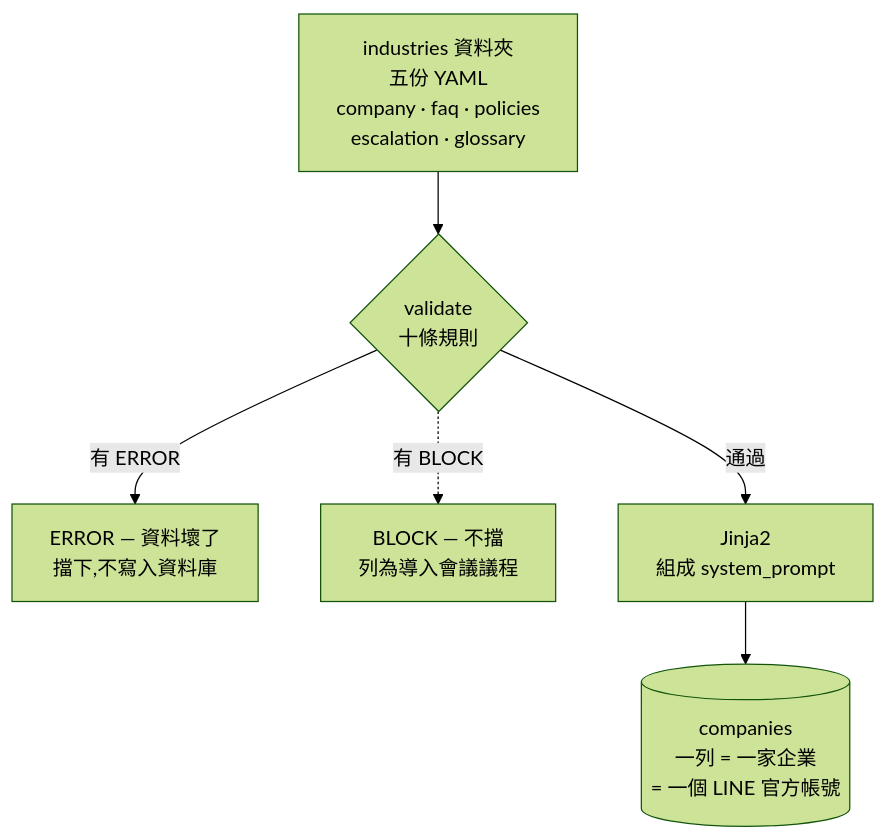
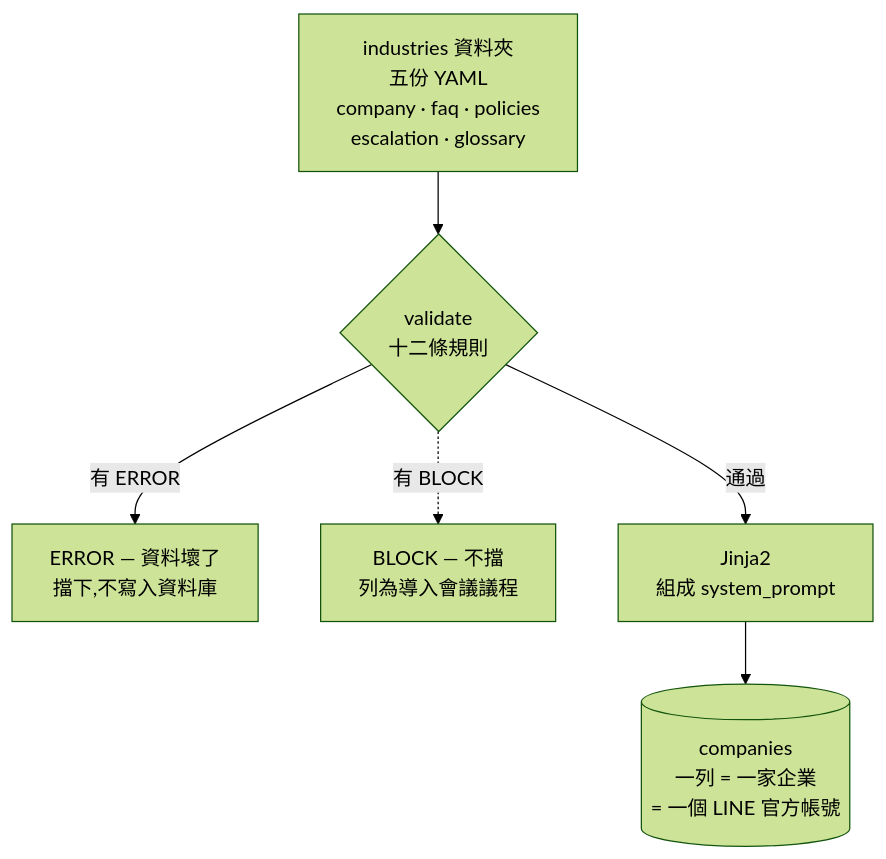
One commit to inform199751-crypto/universal-ai-helpdesk changed the first of 2 diagrams in README.md. Above: the diagram before and after it, drawn with Mermaid (forest theme). The commit also changed other lines of this file and 3 other files, not shown here.

````diff
--- a/README.md
+++ b/README.md
@@ -22,15 +22,15 @@
 ```mermaid
 flowchart TD
     Y["industries 資料夾<br/>五份 YAML<br/>company · faq · policies<br/>escalation · glossary"]
-    V{"validate<br/>十條規則"}
+    V{"validate<br/>十二條規則"}
     E["ERROR — 資料壞了<br/>擋下,不寫入資料庫"]
     B["BLOCK — 不擋<br/>列為導入會議議程"]
     J["Jinja2<br/>組成 system_prompt"]
     D[("companies<br/>一列 = 一家企業<br/>= 一個 LINE 官方帳號")]
 
     Y --> V
     V -- 有 ERROR --> E
     V -. 有 BLOCK .-> B
     V -- 通過 --> J
     J --> D
 ```
````
